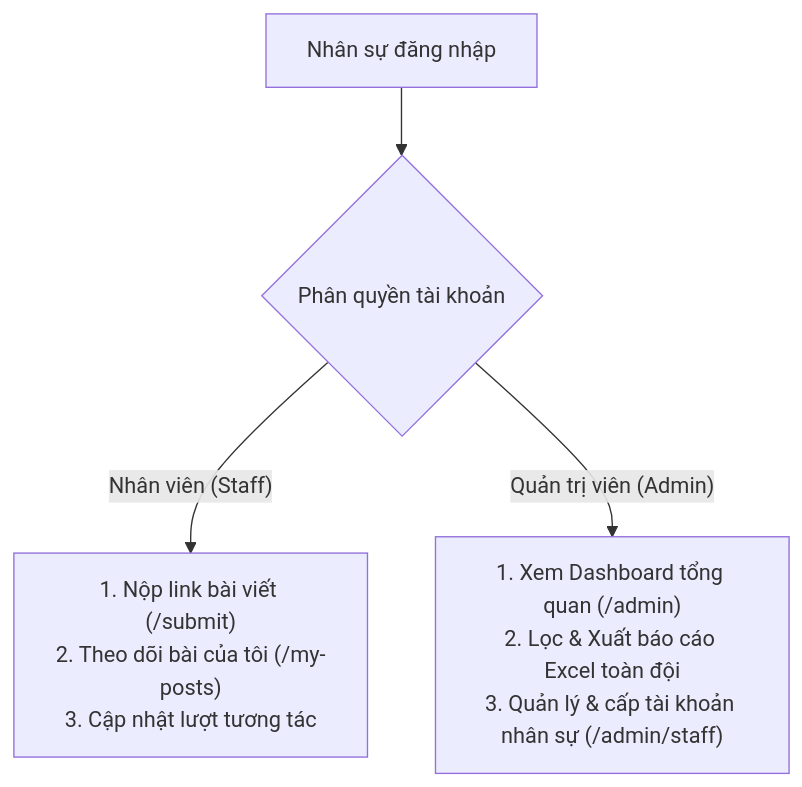
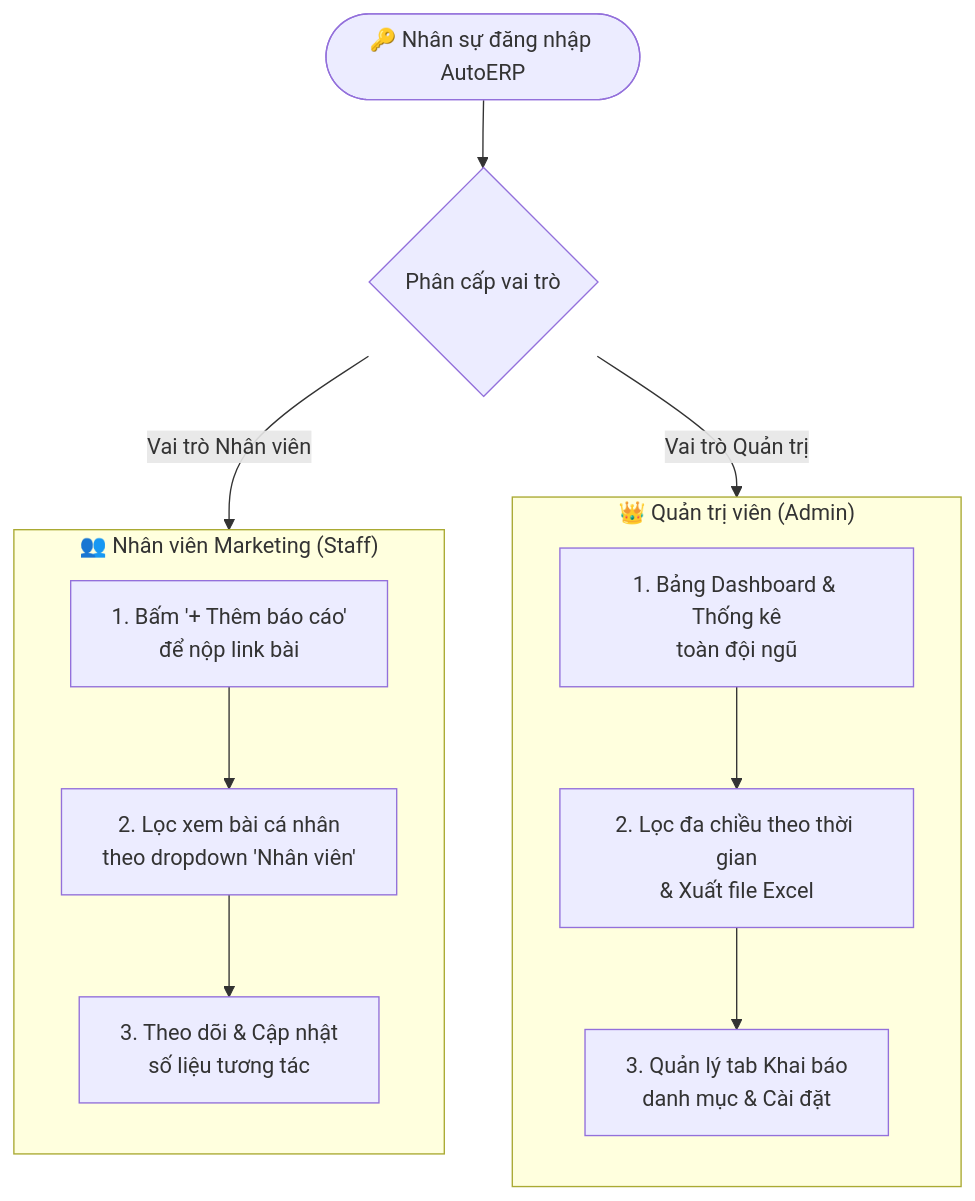
Before and after one commit to DeepM-lab/deepm-docs: the diagram in docs/marketing/index.md, drawn with Mermaid. The commit also changed other lines of this file and 10 other files, not shown here.

````diff
--- a/docs/marketing/index.md
+++ b/docs/marketing/index.md
@@ -11,6 +11,23 @@
 ```mermaid
-graph TD
-    User["Nhân sự đăng nhập"] --> Role{"Phân quyền tài khoản"}
-    Role -- "Nhân viên (Staff)" --> StaffFlow["1. Nộp link bài viết (/submit)<br>2. Theo dõi bài của tôi (/my-posts)<br>3. Cập nhật lượt tương tác"]
-    Role -- "Quản trị viên (Admin)" --> AdminFlow["1. Xem Dashboard tổng quan (/admin)<br>2. Lọc & Xuất báo cáo Excel toàn đội<br>3. Quản lý & cấp tài khoản nhân sự (/admin/staff)"]
+flowchart TD
+    User(["🔑 Nhân sự đăng nhập AutoERP"]) --> Role{"Phân cấp vai trò"}
+
+    Role -->|Vai trò Nhân viên| Staff
+    Role -->|Vai trò Quản trị| Admin
+
+    subgraph Staff ["👥 Nhân viên Marketing (Staff)"]
+        direction TB
+        S1["1. Bấm '+ Thêm báo cáo'<br/>để nộp link bài"]
+        S2["2. Lọc xem bài cá nhân<br/>theo dropdown 'Nhân viên'"]
+        S3["3. Theo dõi & Cập nhật<br/>số liệu tương tác"]
+        S1 --> S2 --> S3
+    end
+
+    subgraph Admin ["👑 Quản trị viên (Admin)"]
+        direction TB
+        A1["1. Bảng Dashboard & Thống kê<br/>toàn đội ngũ"]
+        A2["2. Lọc đa chiều theo thời gian<br/>& Xuất file Excel"]
+        A3["3. Quản lý tab Khai báo<br/>danh mục & Cài đặt"]
+        A1 --> A2 --> A3
+    end
 ```
````
